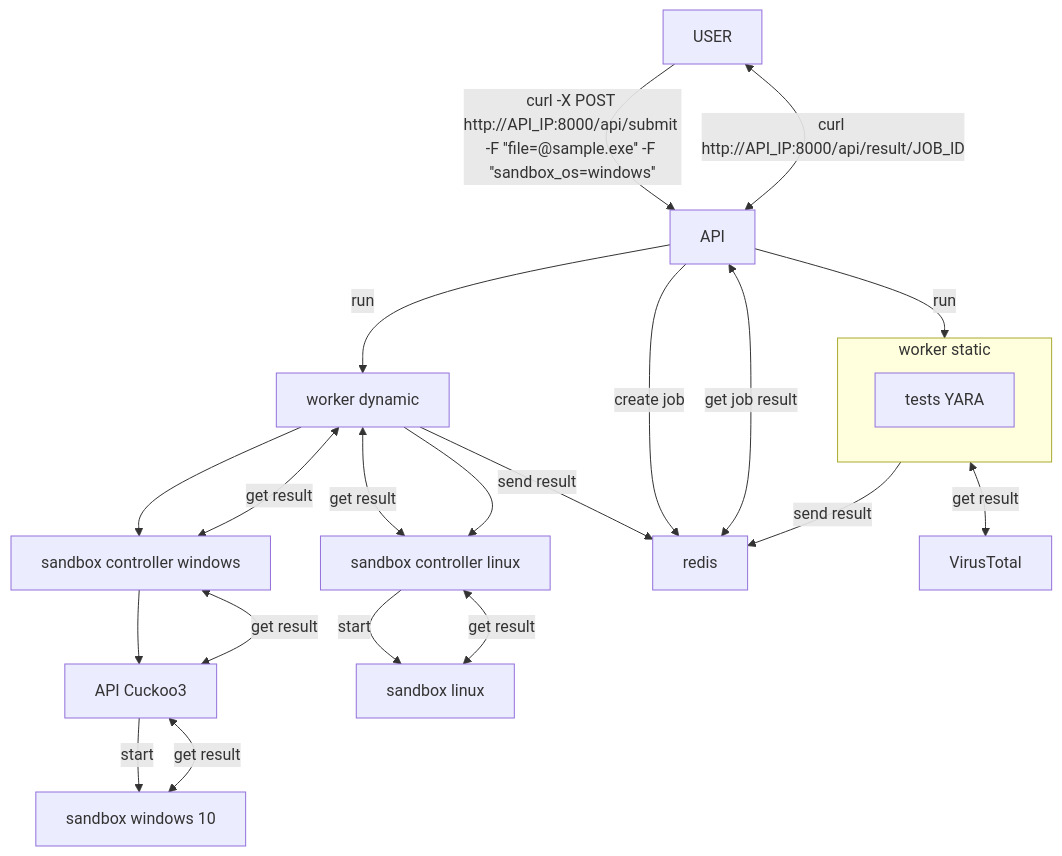
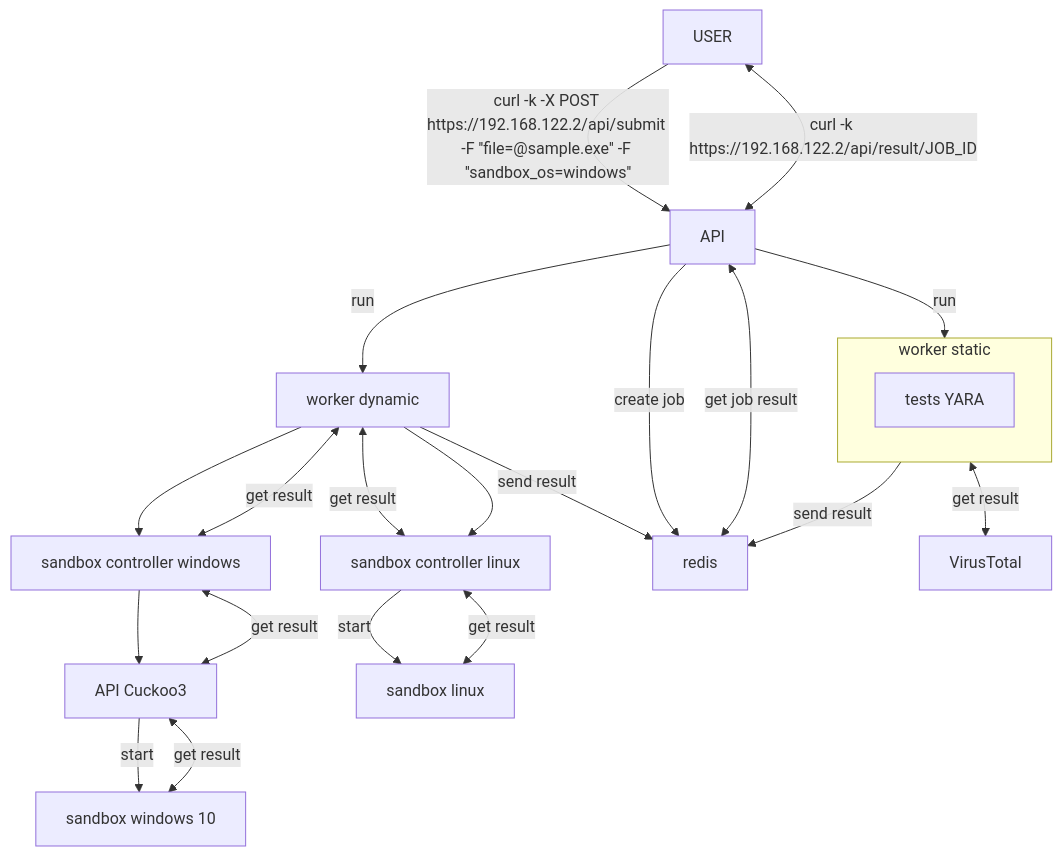
Before and after one commit to na-teag/PFE: the second of 3 diagrams in docs/ARCHITECTURE.md, drawn with Mermaid.

````diff
--- a/docs/ARCHITECTURE.md
+++ b/docs/ARCHITECTURE.md
@@ -35,29 +35,29 @@
 ```mermaid
 flowchart TD    
-    USER-->|curl -X POST http://API_IP:8000/api/submit -F ''file=@sample.exe'' -F ''sandbox_os=windows''|API
+    USER-->|curl -k -X POST https://192.168.122.2/api/submit -F ''file=@sample.exe'' -F ''sandbox_os=windows''|API
     subgraph worker1[worker static]
         tests[tests YARA]
     end
     API -->|run| worker1
     worker1 -->|send result| redis
     worker1 <-->|get result| VT[VirusTotal]
     API -->|run| worker2[worker dynamic]
     API -->|create job| redis
     worker2 --> controller_windows[sandbox controller windows]
     controller_windows --> cuckoo[API Cuckoo3]
     controller_linux -->|start| sandboxebpf[sandbox linux]
     controller_linux <-->|get result| sandboxebpf
     cuckoo -->|start| sandbox[sandbox windows 10]
     cuckoo <-->|get result| sandbox
     controller_windows <-->|get result| cuckoo
     worker2 <-->|get result| controller_windows
     worker2 <-->|get result| controller_linux
     worker2 --> controller_linux[sandbox controller linux]
-    USER <-->|curl http://API_IP:8000/api/result/JOB_ID| API
+    USER <-->|curl -k https://192.168.122.2/api/result/JOB_ID| API
     API <-->|get job result| redis
     worker2 -->|send result| redis
     click VT "https://virustotal.com" "VirusTotal" _blank
     click redis "https://redis.io/" "redis" _blank
     click cuckoo "https://github.com/cert-ee/cuckoo3" "API Cuckoo3" _blank
    
 ```
````
